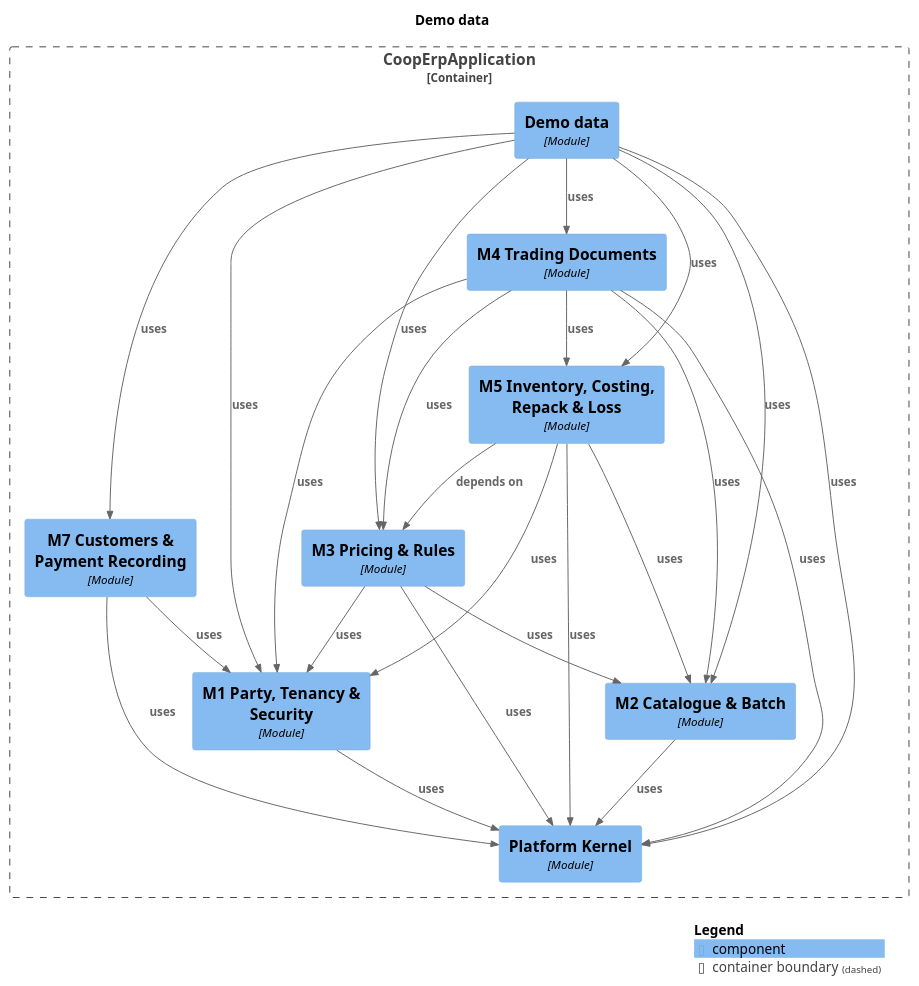
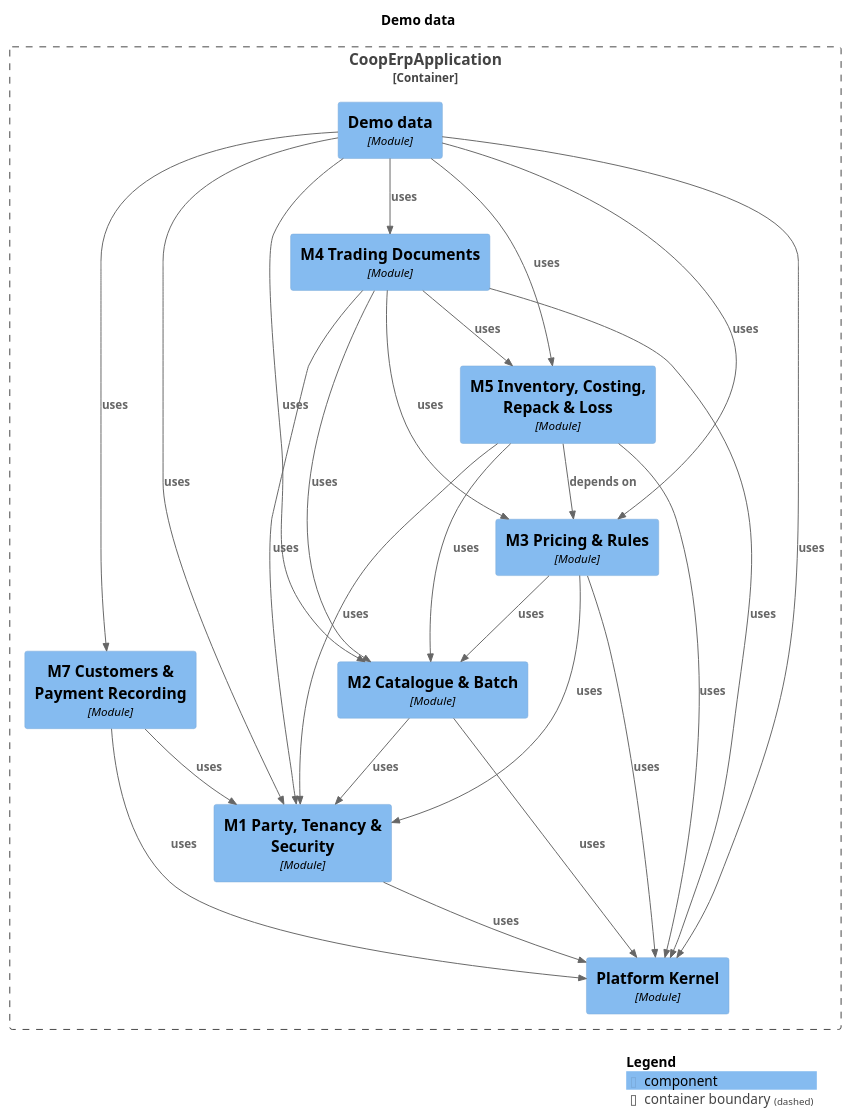
Before and after one commit to Knoweb/COOP_ERP: the diagram in docs/modules/module-demo.puml, drawn with PlantUML. The commit also changed 16 other files, not shown here.

```diff
--- a/docs/modules/module-demo.puml
+++ b/docs/modules/module-demo.puml
@@ -1,47 +1,48 @@
 @startuml
 set separator none
 title Demo data
 
 top to bottom direction
 
 !include <C4/C4>
 !include <C4/C4_Context>
 !include <C4/C4_Component>
 
 Container_Boundary("CoopErpApplication.CoopErpApplication_boundary", "CoopErpApplication", $tags="") {
+  Component(CoopErpApplication.CoopErpApplication.M2CatalogueBatch, "M2 Catalogue & Batch", $techn="Module", $descr="", $tags="", $link="")
+  Component(CoopErpApplication.CoopErpApplication.M7CustomersPaymentRecording, "M7 Customers & Payment Recording", $techn="Module", $descr="", $tags="", $link="")
   Component(CoopErpApplication.CoopErpApplication.M3PricingRules, "M3 Pricing & Rules", $techn="Module", $descr="", $tags="", $link="")
-  Component(CoopErpApplication.CoopErpApplication.M7CustomersPaymentRecording, "M7 Customers & Payment Recording", $techn="Module", $descr="", $tags="", $link="")
   Component(CoopErpApplication.CoopErpApplication.M5InventoryCostingRepackLoss, "M5 Inventory, Costing, Repack & Loss", $techn="Module", $descr="", $tags="", $link="")
   Component(CoopErpApplication.CoopErpApplication.M4TradingDocuments, "M4 Trading Documents", $techn="Module", $descr="", $tags="", $link="")
   Component(CoopErpApplication.CoopErpApplication.Demodata, "Demo data", $techn="Module", $descr="", $tags="", $link="")
   Component(CoopErpApplication.CoopErpApplication.PlatformKernel, "Platform Kernel", $techn="Module", $descr="", $tags="", $link="")
   Component(CoopErpApplication.CoopErpApplication.M1PartyTenancySecurity, "M1 Party, Tenancy & Security", $techn="Module", $descr="", $tags="", $link="")
-  Component(CoopErpApplication.CoopErpApplication.M2CatalogueBatch, "M2 Catalogue & Batch", $techn="Module", $descr="", $tags="", $link="")
 }
 
 Rel(CoopErpApplication.CoopErpApplication.Demodata, CoopErpApplication.CoopErpApplication.M1PartyTenancySecurity, "uses", $techn="", $tags="", $link="")
 Rel(CoopErpApplication.CoopErpApplication.Demodata, CoopErpApplication.CoopErpApplication.M2CatalogueBatch, "uses", $techn="", $tags="", $link="")
 Rel(CoopErpApplication.CoopErpApplication.Demodata, CoopErpApplication.CoopErpApplication.M3PricingRules, "uses", $techn="", $tags="", $link="")
 Rel(CoopErpApplication.CoopErpApplication.Demodata, CoopErpApplication.CoopErpApplication.M4TradingDocuments, "uses", $techn="", $tags="", $link="")
 Rel(CoopErpApplication.CoopErpApplication.Demodata, CoopErpApplication.CoopErpApplication.M5InventoryCostingRepackLoss, "uses", $techn="", $tags="", $link="")
 Rel(CoopErpApplication.CoopErpApplication.Demodata, CoopErpApplication.CoopErpApplication.M7CustomersPaymentRecording, "uses", $techn="", $tags="", $link="")
 Rel(CoopErpApplication.CoopErpApplication.Demodata, CoopErpApplication.CoopErpApplication.PlatformKernel, "uses", $techn="", $tags="", $link="")
 Rel(CoopErpApplication.CoopErpApplication.M1PartyTenancySecurity, CoopErpApplication.CoopErpApplication.PlatformKernel, "uses", $techn="", $tags="", $link="")
+Rel(CoopErpApplication.CoopErpApplication.M2CatalogueBatch, CoopErpApplication.CoopErpApplication.M1PartyTenancySecurity, "uses", $techn="", $tags="", $link="")
 Rel(CoopErpApplication.CoopErpApplication.M2CatalogueBatch, CoopErpApplication.CoopErpApplication.PlatformKernel, "uses", $techn="", $tags="", $link="")
 Rel(CoopErpApplication.CoopErpApplication.M3PricingRules, CoopErpApplication.CoopErpApplication.M1PartyTenancySecurity, "uses", $techn="", $tags="", $link="")
 Rel(CoopErpApplication.CoopErpApplication.M3PricingRules, CoopErpApplication.CoopErpApplication.M2CatalogueBatch, "uses", $techn="", $tags="", $link="")
 Rel(CoopErpApplication.CoopErpApplication.M3PricingRules, CoopErpApplication.CoopErpApplication.PlatformKernel, "uses", $techn="", $tags="", $link="")
 Rel(CoopErpApplication.CoopErpApplication.M4TradingDocuments, CoopErpApplication.CoopErpApplication.M1PartyTenancySecurity, "uses", $techn="", $tags="", $link="")
 Rel(CoopErpApplication.CoopErpApplication.M4TradingDocuments, CoopErpApplication.CoopErpApplication.M2CatalogueBatch, "uses", $techn="", $tags="", $link="")
 Rel(CoopErpApplication.CoopErpApplication.M4TradingDocuments, CoopErpApplication.CoopErpApplication.M3PricingRules, "uses", $techn="", $tags="", $link="")
 Rel(CoopErpApplication.CoopErpApplication.M4TradingDocuments, CoopErpApplication.CoopErpApplication.M5InventoryCostingRepackLoss, "uses", $techn="", $tags="", $link="")
 Rel(CoopErpApplication.CoopErpApplication.M4TradingDocuments, CoopErpApplication.CoopErpApplication.PlatformKernel, "uses", $techn="", $tags="", $link="")
 Rel(CoopErpApplication.CoopErpApplication.M5InventoryCostingRepackLoss, CoopErpApplication.CoopErpApplication.M1PartyTenancySecurity, "uses", $techn="", $tags="", $link="")
 Rel(CoopErpApplication.CoopErpApplication.M5InventoryCostingRepackLoss, CoopErpApplication.CoopErpApplication.M2CatalogueBatch, "uses", $techn="", $tags="", $link="")
 Rel(CoopErpApplication.CoopErpApplication.M5InventoryCostingRepackLoss, CoopErpApplication.CoopErpApplication.M3PricingRules, "depends on", $techn="", $tags="", $link="")
 Rel(CoopErpApplication.CoopErpApplication.M5InventoryCostingRepackLoss, CoopErpApplication.CoopErpApplication.PlatformKernel, "uses", $techn="", $tags="", $link="")
 Rel(CoopErpApplication.CoopErpApplication.M7CustomersPaymentRecording, CoopErpApplication.CoopErpApplication.M1PartyTenancySecurity, "uses", $techn="", $tags="", $link="")
 Rel(CoopErpApplication.CoopErpApplication.M7CustomersPaymentRecording, CoopErpApplication.CoopErpApplication.PlatformKernel, "uses", $techn="", $tags="", $link="")
 
 SHOW_LEGEND(true)
 @enduml
```
